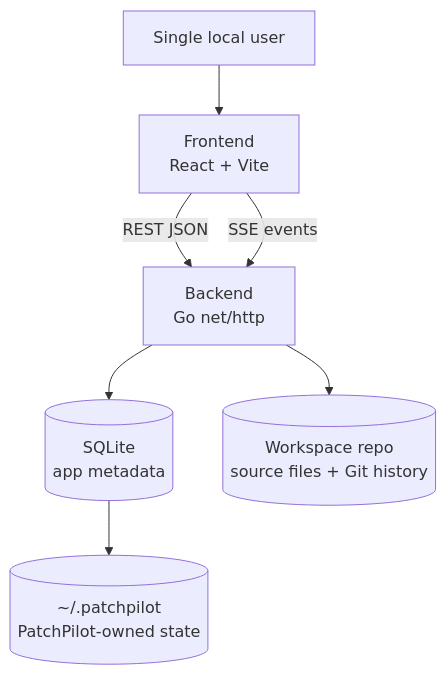
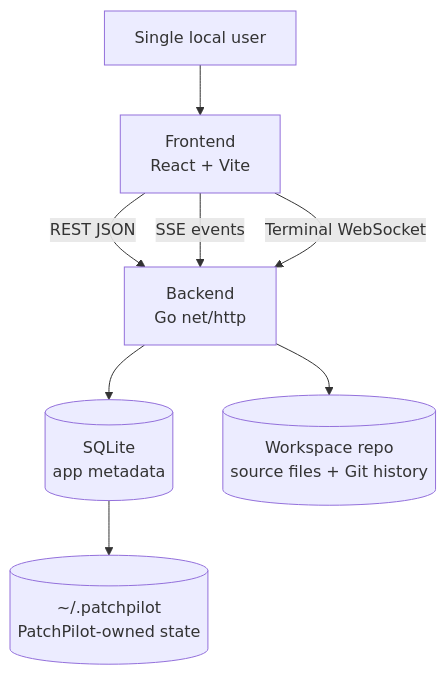
Before and after one commit to phamtanminhtien/patchpilot: the first of 6 diagrams in docs/app-architecture.md, drawn with Mermaid. The commit also changed other lines of this file and 41 other files, not shown here.

````diff
--- a/docs/app-architecture.md
+++ b/docs/app-architecture.md
@@ -7,16 +7,17 @@
 ```mermaid
 flowchart TB
   User["Single local user"]
   FE["Frontend<br/>React + Vite"]
   BE["Backend<br/>Go net/http"]
   DB[("SQLite<br/>app metadata")]
   Repo[("Workspace repo<br/>source files + Git history")]
   AppData[("~/.patchpilot<br/>PatchPilot-owned state")]
 
   User --> FE
   FE -->|"REST JSON"| BE
   FE -->|"SSE events"| BE
+  FE -->|"Terminal WebSocket"| BE
   BE --> DB
   BE --> Repo
   DB --> AppData
 ```
````
